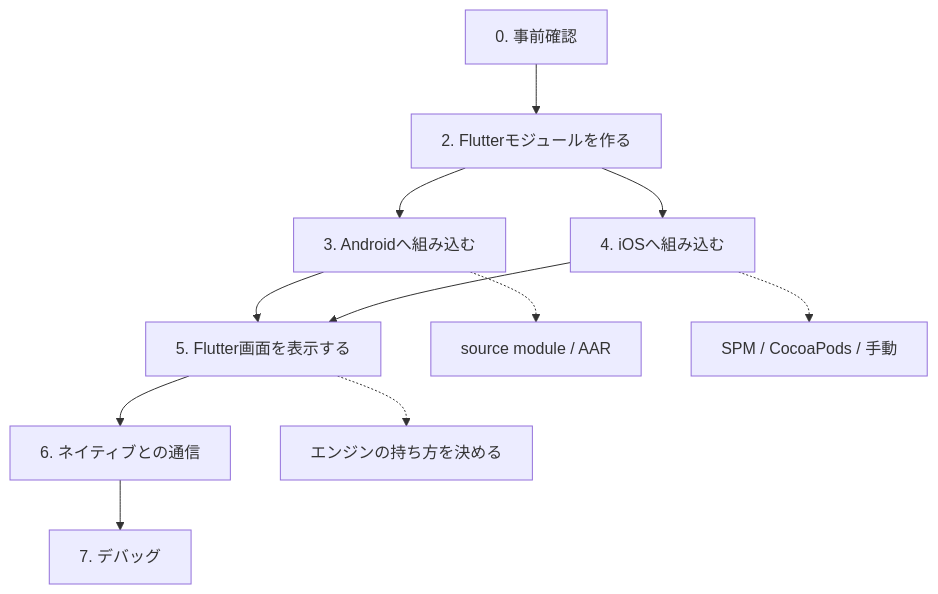
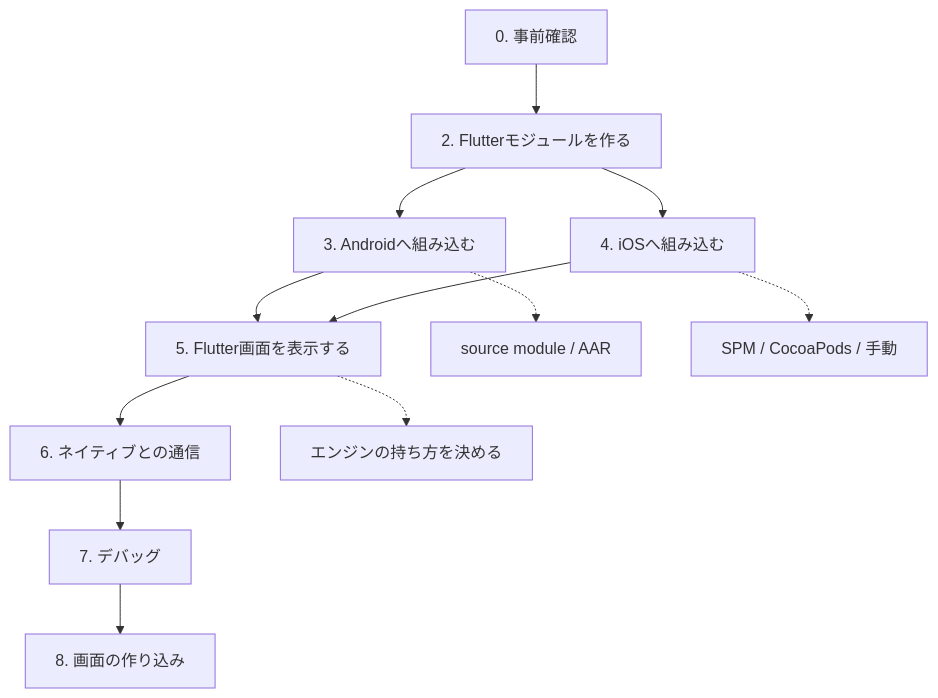
One commit to HiroshiOshiro/flutter-add-to-app-poc3 changed the diagram in docs/MIGRATION_GUIDE.md. Above: the diagram before and after it, drawn with Mermaid. The commit also changed other lines of this file and 25 other files, not shown here.

````diff
--- a/docs/MIGRATION_GUIDE.md
+++ b/docs/MIGRATION_GUIDE.md
@@ -210,14 +210,15 @@
 ```mermaid
 flowchart TB
     A["0. 事前確認"] --> B["2. Flutterモジュールを作る"]
     B --> C["3. Androidへ組み込む"]
     B --> D["4. iOSへ組み込む"]
     C --> E["5. Flutter画面を表示する"]
     D --> E
     E --> F["6. ネイティブとの通信"]
     F --> G["7. デバッグ"]
+    G --> H["8. 画面の作り込み"]
 
     C -.-> C1["source module / AAR"]
     D -.-> D1["SPM / CocoaPods / 手動"]
     E -.-> E1["エンジンの持ち方を決める"]
 ```
````
